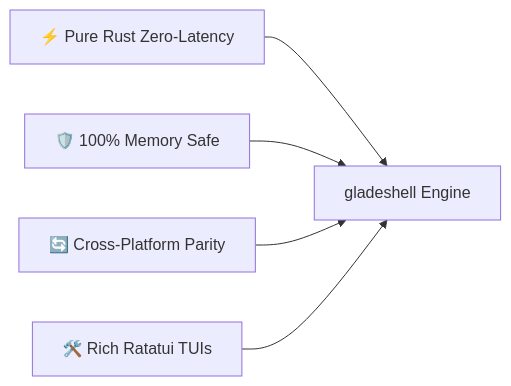
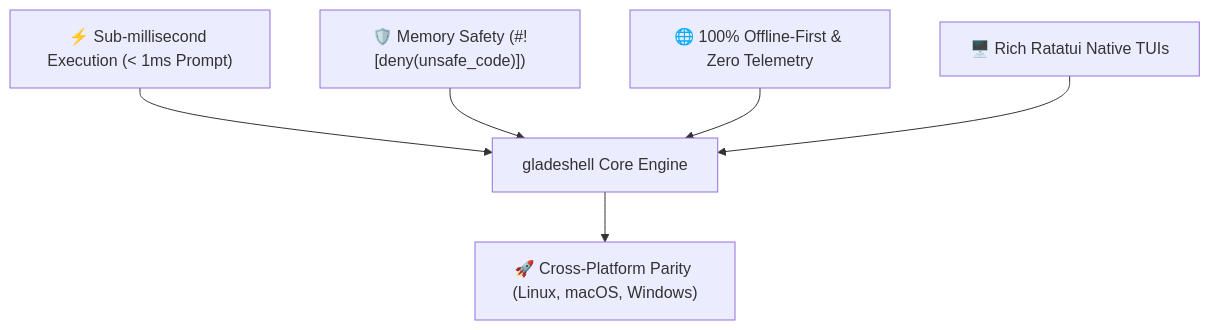
One commit to rihadjahanopu/gladeshell changed the diagram in ROADMAP.md. Above: the diagram before and after it, drawn with Mermaid. The commit also changed other lines of this file and 30 other files, not shown here.

````diff
--- a/ROADMAP.md
+++ b/ROADMAP.md
@@ -35,7 +33,8 @@
 ```mermaid
-flowchart LR
-    A[⚡ Pure Rust Zero-Latency] --> E[gladeshell Engine]
-    B[🛡️ 100% Memory Safe] --> E
-    C[🔄 Cross-Platform Parity] --> E
-    D[🛠️ Rich Ratatui TUIs] --> E
+flowchart TD
+    A["⚡ Sub-millisecond Execution (< 1ms Prompt)"] --> E["gladeshell Core Engine"]
+    B["🛡️ Memory Safety (#![deny(unsafe_code)])"] --> E
+    C["🌐 100% Offline-First & Zero Telemetry"] --> E
+    D["🖥️ Rich Ratatui Native TUIs"] --> E
+    E --> F["🚀 Cross-Platform Parity (Linux, macOS, Windows)"]
 ```
````
